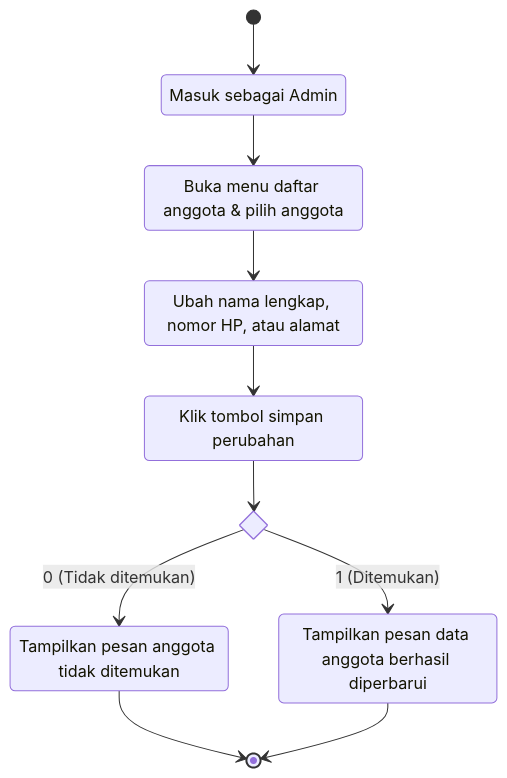
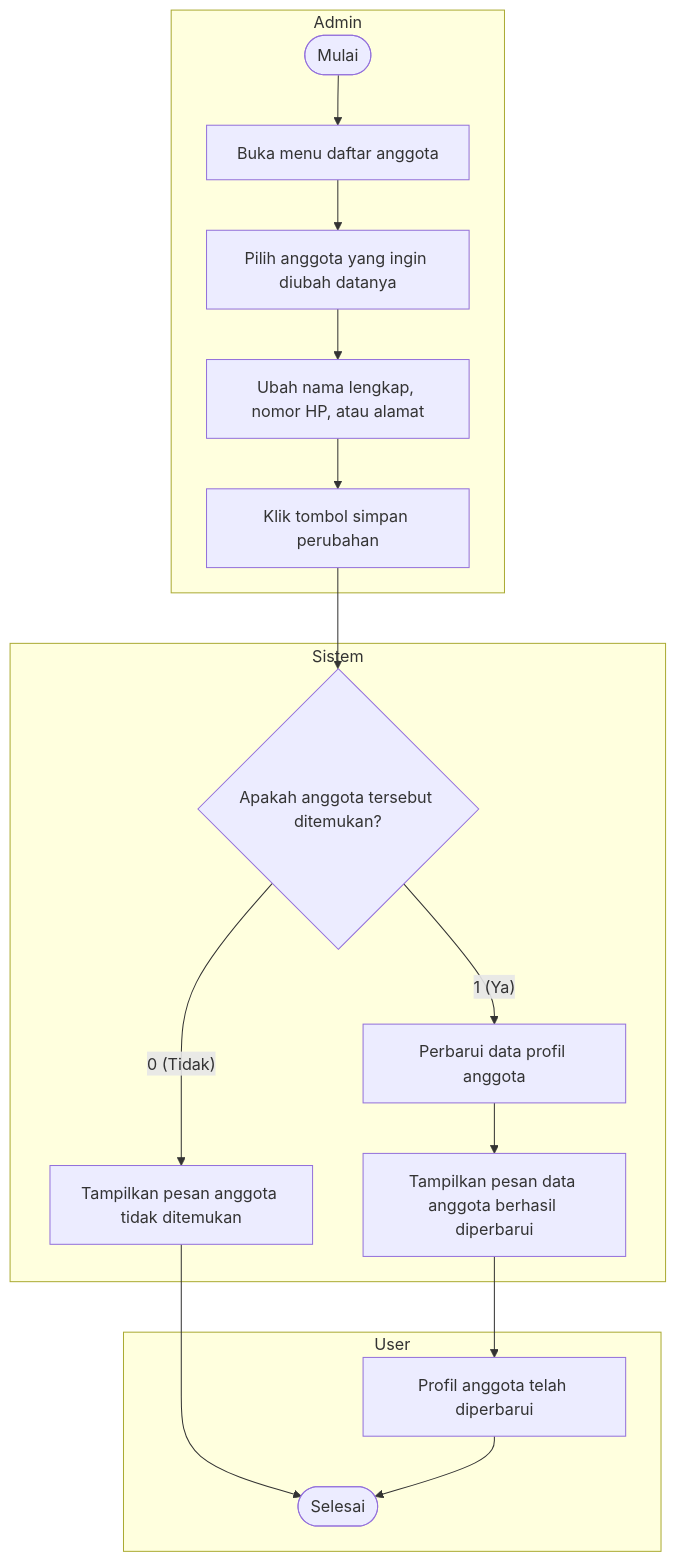
One commit to dimstyle/ruang-baca changed the diagram in docs/uml/src/diagrams/list-diagrams/activity-updateuser.mmd. Above: the diagram before and after it, drawn with Mermaid. The commit also changed 24 other files, not shown here.

Commit message:
docs(uml): add User, Admin, and Sistem swimlanes to activity diagrams

```diff
--- a/docs/uml/src/diagrams/list-diagrams/activity-updateuser.mmd
+++ b/docs/uml/src/diagrams/list-diagrams/activity-updateuser.mmd
@@ -1,18 +1,20 @@
-stateDiagram-v2
-    state "Masuk sebagai Admin" as s1
-    state "Buka menu daftar anggota & pilih anggota" as s2
-    state "Ubah nama lengkap, nomor HP, atau alamat" as s3
-    state "Klik tombol simpan perubahan" as s4
-    state checkFound <<choice>>
-    state "Tampilkan pesan anggota tidak ditemukan" as err
-    state "Tampilkan pesan data anggota berhasil diperbarui" as ok
+flowchart TD
+    subgraph Admin["Admin"]
+        start(["Mulai"]) --> openMenu["Buka menu daftar anggota"]
+        openMenu --> selectUser["Pilih anggota yang ingin diubah datanya"]
+        selectUser --> editData["Ubah nama lengkap, nomor HP, atau alamat"]
+        editData --> clickSave["Klik tombol simpan perubahan"]
+    end
 
-    [*] --> s1
-    s1 --> s2
-    s2 --> s3
-    s3 --> s4
-    s4 --> checkFound
-    checkFound --> err : 0 (Tidak ditemukan)
-    checkFound --> ok : 1 (Ditemukan)
-    err --> [*]
-    ok --> [*]
+    subgraph Sistem["Sistem"]
+        clickSave --> checkFound{"Apakah anggota tersebut ditemukan?"}
+        checkFound -->|"0 (Tidak)"| notFound["Tampilkan pesan anggota tidak ditemukan"]
+        checkFound -->|"1 (Ya)"| saveProfile["Perbarui data profil anggota"]
+        saveProfile --> updated["Tampilkan pesan data anggota berhasil diperbarui"]
+    end
+
+    subgraph User["User"]
+        notFound --> finish(["Selesai"])
+        updated --> profileUpdated["Profil anggota telah diperbarui"]
+        profileUpdated --> finish
+    end
```
